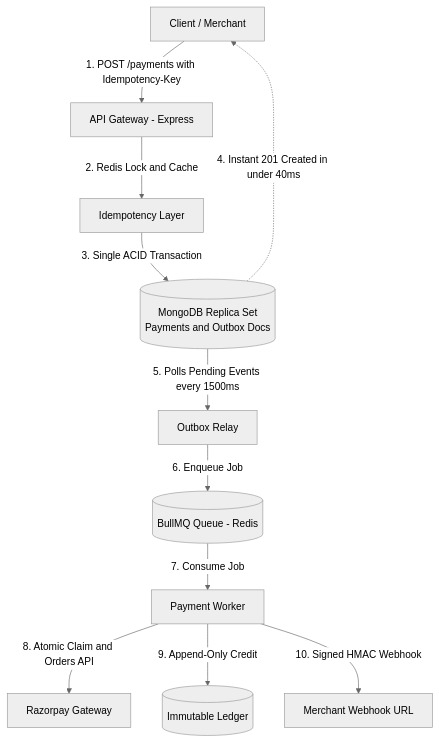
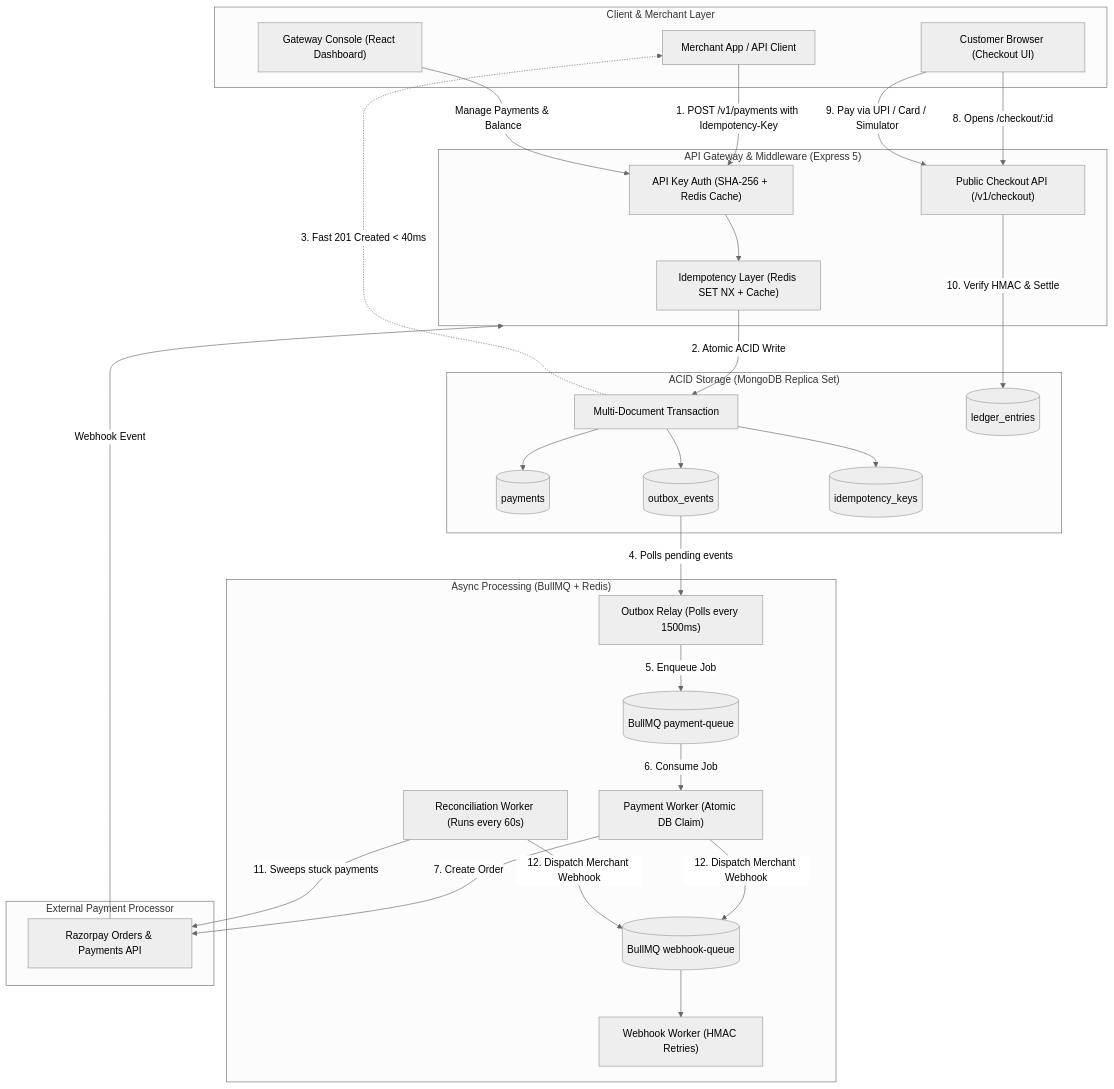
One commit to buildwithrishabh/Event-Driven-Payment-Gateway changed the diagram in README.md. Above: the diagram before and after it, drawn with Mermaid (neutral theme). The commit also changed other lines of this file and 1 other file, not shown here.

Commit message:
docs: update README and ARCHITECTURE with checkout engine, reconciliation worker, and complete api references

````diff
--- a/README.md
+++ b/README.md
@@ -29,14 +32,58 @@
 ```mermaid
 flowchart TD
-    Client["Client / Merchant"] -->|1. POST /payments with Idempotency-Key| Gateway["API Gateway - Express"]
-    Gateway -->|2. Redis Lock and Cache| Idem["Idempotency Layer"]
-    Idem -->|3. Single ACID Transaction| Mongo[("MongoDB Replica Set<br/>Payments and Outbox Docs")]
-    Mongo -.->|4. Instant 201 Created in under 40ms| Client
+    subgraph ClientLayer["Client & Merchant Layer"]
+        Merchant["Merchant App / API Client"]
+        Customer["Customer Browser (Checkout UI)"]
+        Dashboard["Gateway Console (React Dashboard)"]
+    end
 
-    Mongo -->|5. Polls Pending Events every 1500ms| Relay["Outbox Relay"]
-    Relay -->|6. Enqueue Job| RedisQueue[("BullMQ Queue - Redis")]
-    RedisQueue -->|7. Consume Job| Worker["Payment Worker"]
-    Worker -->|8. Atomic Claim and Orders API| Razorpay["Razorpay Gateway"]
-    Worker -->|9. Append-Only Credit| Ledger[("Immutable Ledger")]
-    Worker -->|10. Signed HMAC Webhook| MerchantHook["Merchant Webhook URL"]
+    subgraph GatewayLayer["API Gateway & Middleware (Express 5)"]
+        Auth["API Key Auth (SHA-256 + Redis Cache)"]
+        Idem["Idempotency Layer (Redis SET NX + Cache)"]
+        CheckoutAPI["Public Checkout API (/v1/checkout)"]
+    end
+
+    subgraph StorageLayer["ACID Storage (MongoDB Replica Set)"]
+        Tx["Multi-Document Transaction"]
+        PaymentsCol[("payments")]
+        OutboxCol[("outbox_events")]
+        IdemCol[("idempotency_keys")]
+        LedgerCol[("ledger_entries")]
+    end
+
+    subgraph AsyncLayer["Async Processing (BullMQ + Redis)"]
+        Relay["Outbox Relay (Polls every 1500ms)"]
+        PayQueue[("BullMQ payment-queue")]
+        PayWorker["Payment Worker (Atomic DB Claim)"]
+        Reconciler["Reconciliation Worker (Runs every 60s)"]
+        HookQueue[("BullMQ webhook-queue")]
+        HookWorker["Webhook Worker (HMAC Retries)"]
+    end
+
+    subgraph UpstreamLayer["External Payment Processor"]
+        Razorpay["Razorpay Orders & Payments API"]
+    end
+
+    Merchant -->|1. POST /v1/payments with Idempotency-Key| Auth
+    Dashboard -->|Manage Payments & Balance| Auth
+    Auth --> Idem
+    Idem -->|2. Atomic ACID Write| Tx
+    Tx --> PaymentsCol
+    Tx --> OutboxCol
+    Tx --> IdemCol
+    Tx -.->|3. Fast 201 Created < 40ms| Merchant
+
+    OutboxCol -->|4. Polls pending events| Relay
+    Relay -->|5. Enqueue Job| PayQueue
+    PayQueue -->|6. Consume Job| PayWorker
+    PayWorker -->|7. Create Order| Razorpay
+
+    Customer -->|8. Opens /checkout/:id| CheckoutAPI
+    Customer -->|9. Pay via UPI / Card / Simulator| CheckoutAPI
+    CheckoutAPI -->|10. Verify HMAC & Settle| LedgerCol
+
+    Reconciler -->|11. Sweeps stuck payments| Razorpay
+    Razorpay -->|Webhook Event| GatewayLayer
+    PayWorker & Reconciler -->|12. Dispatch Merchant Webhook| HookQueue
+    HookQueue --> HookWorker
 ```
````
